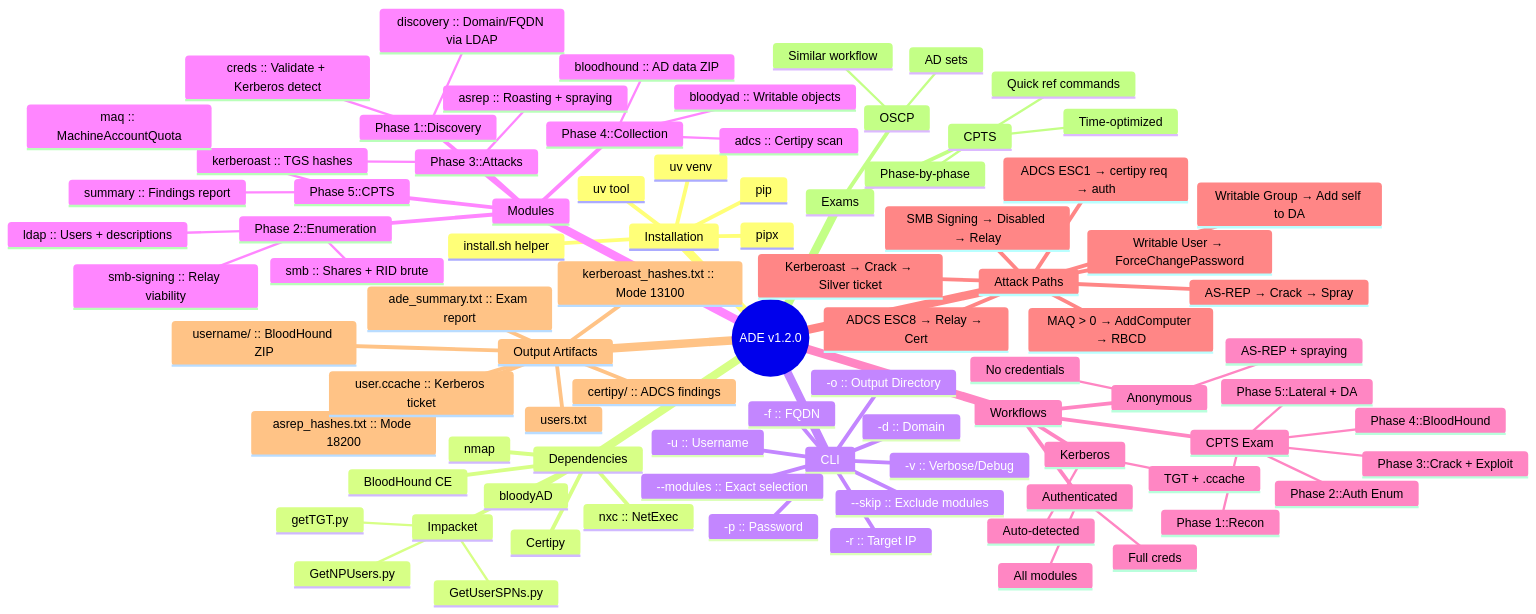
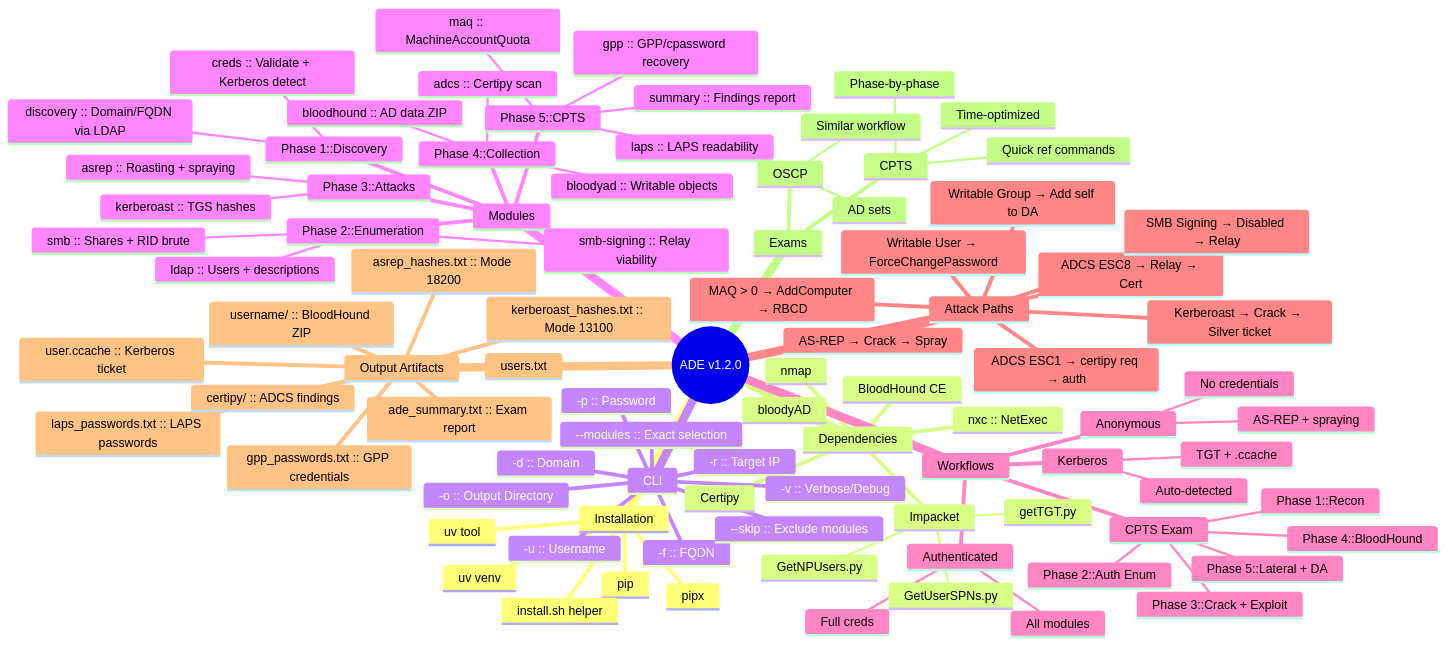
One commit to trewwwsec/ade changed the diagram in docs/Mindmap.md. Above: the diagram before and after it, drawn with Mermaid. The commit also changed other lines of this file and 29 other files, not shown here.

First line of the commit message:
feat: add GPP password and LAPS readability checks

```diff
--- a/docs/Mindmap.md
+++ b/docs/Mindmap.md
@@ -49,7 +49,9 @@
         bloodyad :: Writable objects
         adcs :: Certipy scan
       Phase 5::CPTS
+        gpp :: GPP/cpassword recovery
         maq :: MachineAccountQuota
+        laps :: LAPS readability
         summary :: Findings report
     Workflows
       Anonymous
@@ -80,6 +82,8 @@
       users.txt
       asrep_hashes.txt :: Mode 18200
       kerberoast_hashes.txt :: Mode 13100
+      gpp_passwords.txt :: GPP credentials
+      laps_passwords.txt :: LAPS passwords
       user.ccache :: Kerberos ticket
       certipy/ :: ADCS findings
       username/ :: BloodHound ZIP
```
